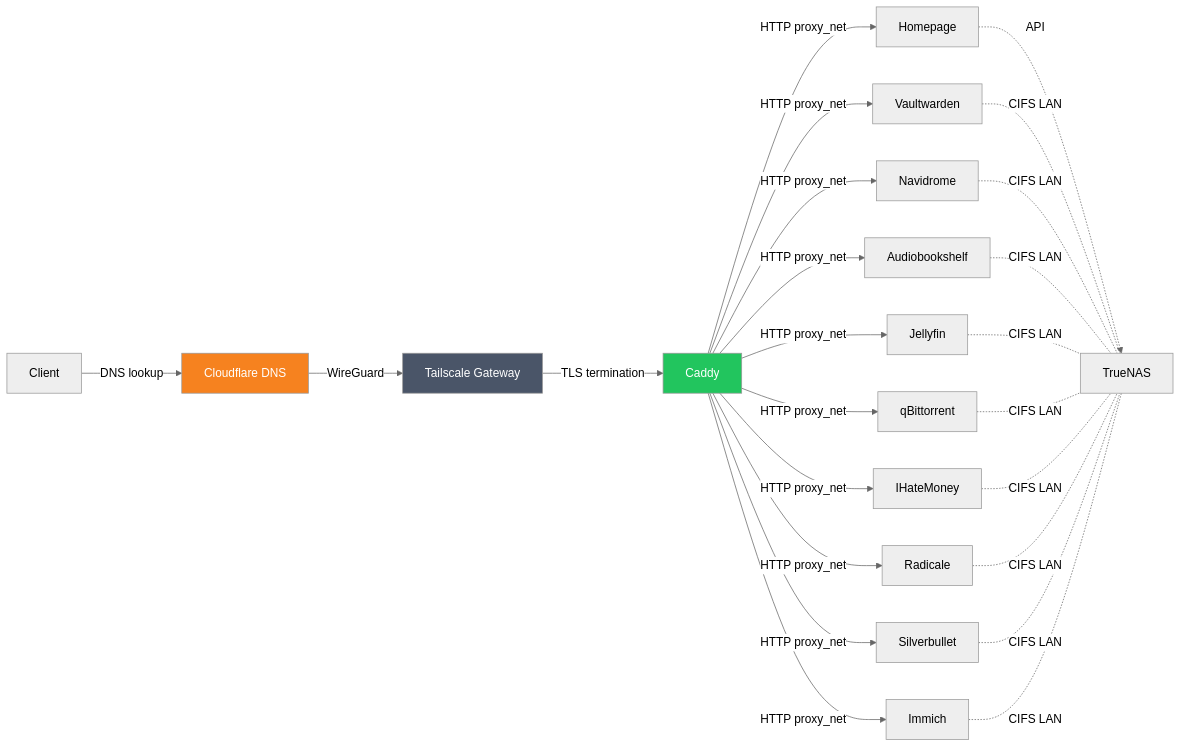
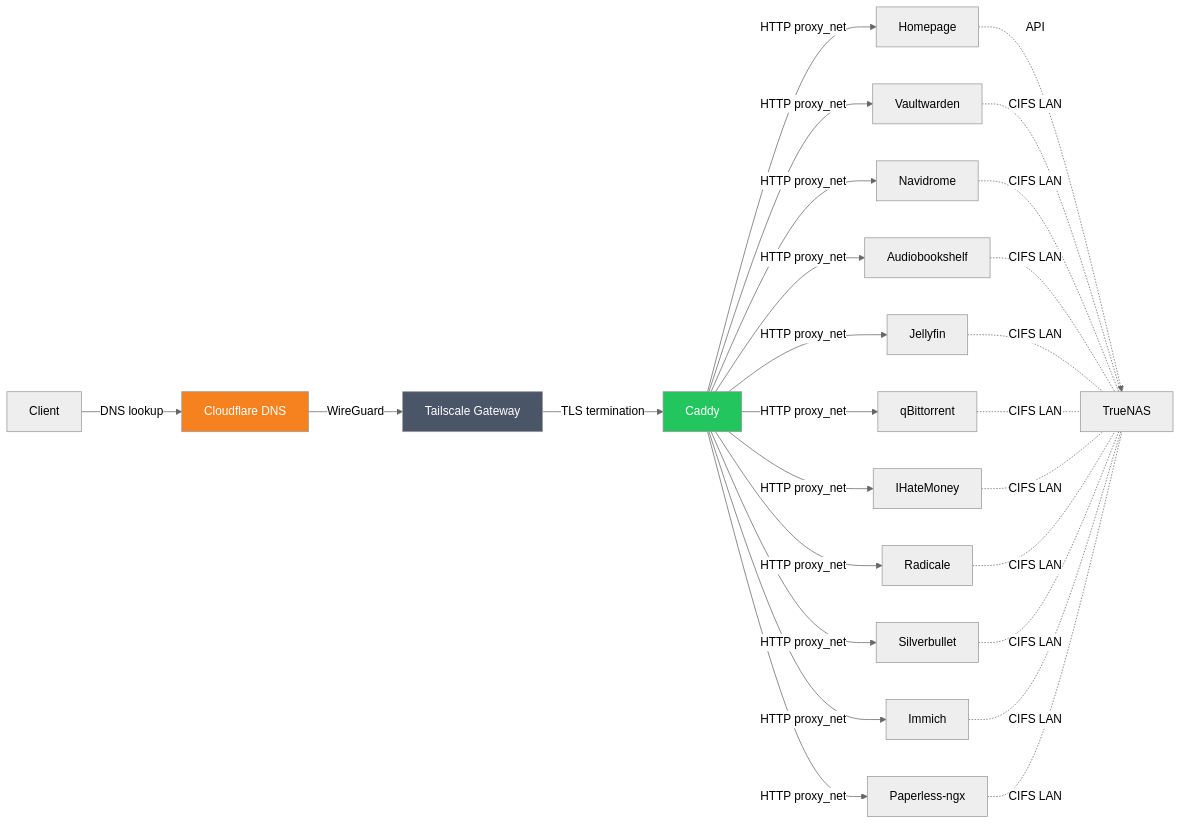
Before and after one commit to masolnada/homelab: the second of 2 diagrams in README.md, drawn with Mermaid (neutral theme). The commit also changed other lines of this file and 5 other files, not shown here.

Commit message:
feat: add paperless-ngx document management stack

````diff
--- a/README.md
+++ b/README.md
@@ -85,30 +92,32 @@
 ```mermaid
 graph LR
     Client -->|DNS lookup| CF[Cloudflare DNS]
     CF -->|WireGuard| TS[Tailscale Gateway]
     TS -->|TLS termination| Caddy
     Caddy -->|HTTP proxy_net| Homepage
     Caddy -->|HTTP proxy_net| Vaultwarden
     Caddy -->|HTTP proxy_net| Navidrome
     Caddy -->|HTTP proxy_net| Audiobookshelf
     Caddy -->|HTTP proxy_net| IHateMoney
     Caddy -->|HTTP proxy_net| Jellyfin
     Caddy -->|HTTP proxy_net| qBittorrent
     Caddy -->|HTTP proxy_net| Radicale
     Caddy -->|HTTP proxy_net| Silverbullet
     Caddy -->|HTTP proxy_net| Immich
+    Caddy -->|HTTP proxy_net| Paperless[Paperless-ngx]
     Homepage -.->|API| NAS[TrueNAS]
     Vaultwarden -.-|CIFS LAN| NAS
     Navidrome -.-|CIFS LAN| NAS
     Audiobookshelf -.-|CIFS LAN| NAS
     Jellyfin -.-|CIFS LAN| NAS
     qBittorrent -.-|CIFS LAN| NAS
     IHateMoney -.-|CIFS LAN| NAS
     Radicale -.-|CIFS LAN| NAS
     Silverbullet -.-|CIFS LAN| NAS
     Immich -.-|CIFS LAN| NAS
+    Paperless -.-|CIFS LAN| NAS
 
     style CF fill:#f6821f,color:#fff
     style TS fill:#4a5568,color:#fff
     style Caddy fill:#22c55e,color:#fff
 ```
````
